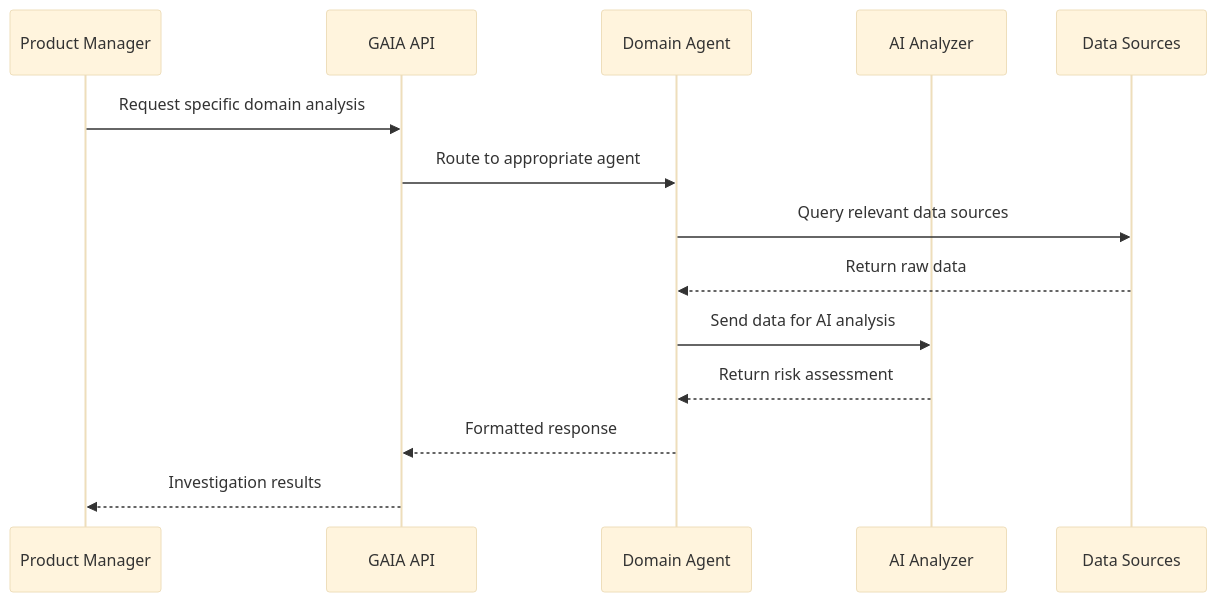
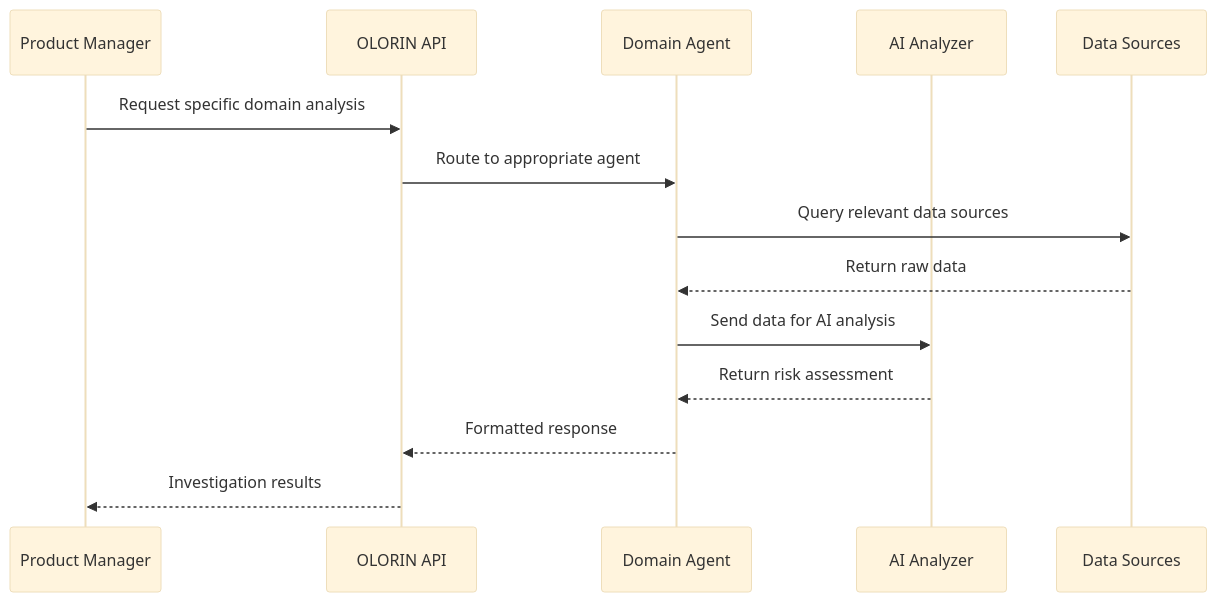
One commit to Olorin-ai-git/Bayit-Plus changed the second of 4 diagrams in back/docs/GAIA_Product_Overview.md. Above: the diagram before and after it, drawn with Mermaid (base theme). The commit also changed other lines of this file and 259 other files, not shown here.

````diff
--- a/back/docs/GAIA_Product_Overview.md
+++ b/back/docs/GAIA_Product_Overview.md
@@ -163,17 +163,17 @@
 ```mermaid
 sequenceDiagram
     participant PM as Product Manager
-    participant API as GAIA API
+    participant API as OLORIN API
     participant Agent as Domain Agent
     participant LLM as AI Analyzer
     participant Data as Data Sources
     
     PM->>API: Request specific domain analysis
     API->>Agent: Route to appropriate agent
     Agent->>Data: Query relevant data sources
     Data-->>Agent: Return raw data
     Agent->>LLM: Send data for AI analysis
     LLM-->>Agent: Return risk assessment
     Agent-->>API: Formatted response
     API-->>PM: Investigation results
 ```
````
